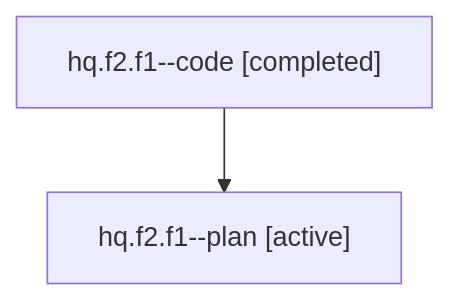
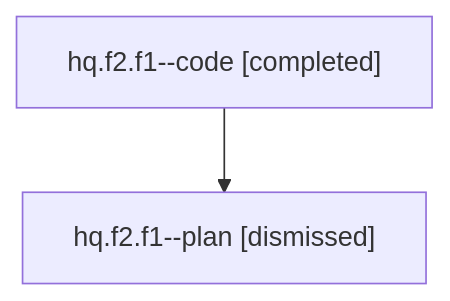
One commit to sase-org/sase--agents changed the diagram in sessions/bbugyi200.athena.hq.f2.f1.md. Above: the diagram before and after it, drawn with Mermaid. The commit also changed other lines of this file and 39 other files, not shown here.

````diff
--- a/sessions/bbugyi200.athena.hq.f2.f1.md
+++ b/sessions/bbugyi200.athena.hq.f2.f1.md
@@ -9,6 +9,6 @@
 ```mermaid
 flowchart TD
   n0["hq.f2.f1--code [completed]"]
-  n1["hq.f2.f1--plan [active]"]
+  n1["hq.f2.f1--plan [dismissed]"]
   n0 --> n1
 ```
````
